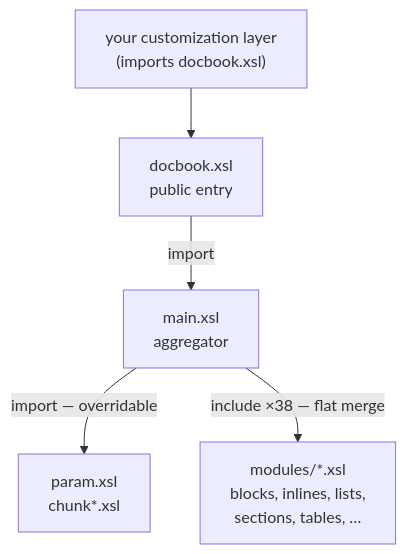
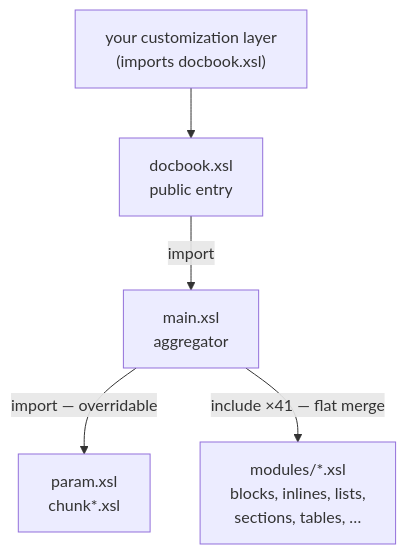
One commit to vivainio/xml-avant-garde changed the diagram in docs/xslt/at-scale.md. Above: the diagram before and after it, drawn with Mermaid. The commit also changed other lines of this file, not shown here.

````diff
--- a/docs/xslt/at-scale.md
+++ b/docs/xslt/at-scale.md
@@ -126,7 +132,7 @@
 ```mermaid
 flowchart TD
     user["your customization layer<br/>(imports docbook.xsl)"] --> entry["docbook.xsl<br/>public entry"]
     entry -->|import| main["main.xsl<br/>aggregator"]
     main -->|import — overridable| params["param.xsl<br/>chunk*.xsl"]
-    main -->|include ×38 — flat merge| mods["modules/*.xsl<br/>blocks, inlines, lists,<br/>sections, tables, …"]
+    main -->|include ×41 — flat merge| mods["modules/*.xsl<br/>blocks, inlines, lists,<br/>sections, tables, …"]
 ```
````
